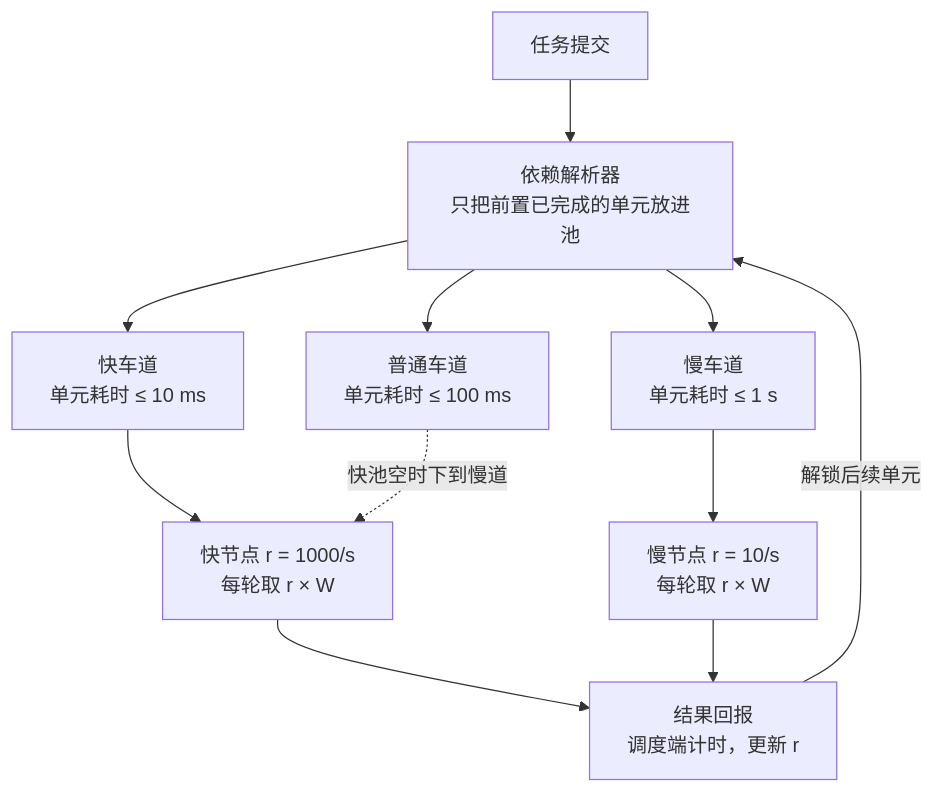
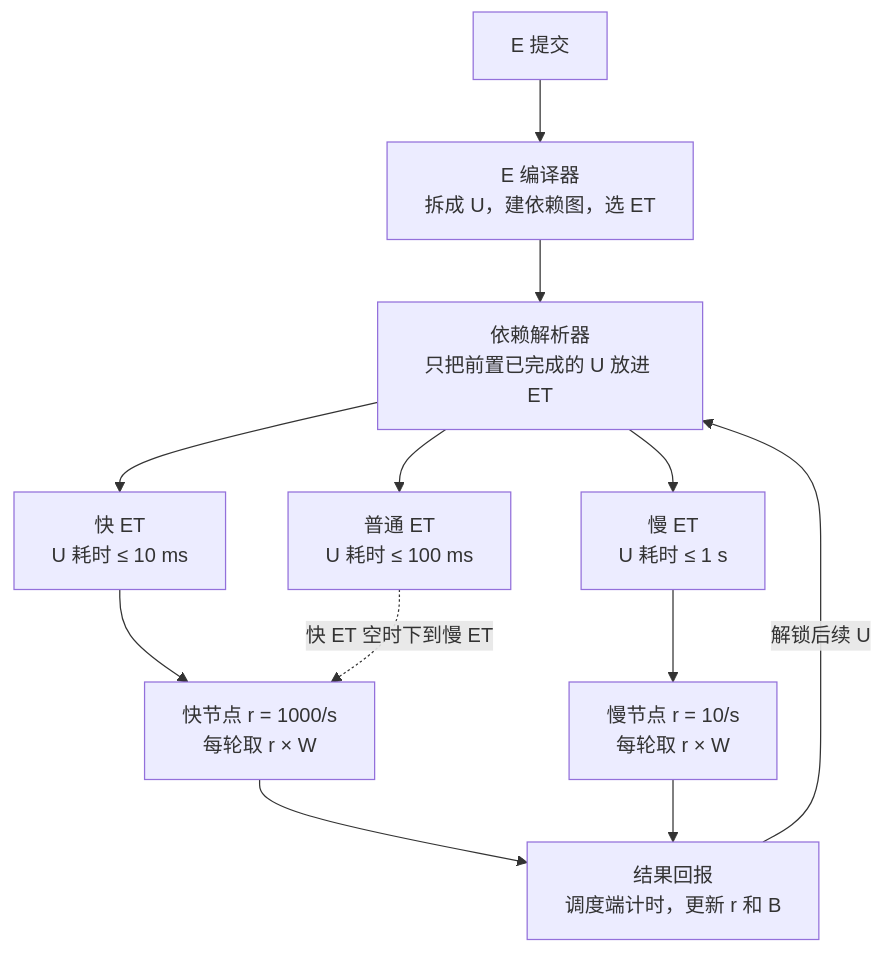
The diagram in README.zh-CN.md (infohex/Asymmetric-Distributed-Inference), drawn with Mermaid before and after one commit. The commit also changed other lines of this file and 3 other files, not shown here.

First line of the commit message:
Design v2: Unity / Event / Event Trench terminology, tensor-op-graph IR

````diff
--- a/README.zh-CN.md
+++ b/README.zh-CN.md
@@ -30,14 +30,14 @@
 ```mermaid
 flowchart TB
-    S[任务提交] --> R
-    R[依赖解析器<br/>只把前置已完成的单元放进池]
-    R --> F[快车道<br/>单元耗时 ≤ 10 ms]
-    R --> N[普通车道<br/>单元耗时 ≤ 100 ms]
-    R --> L[慢车道<br/>单元耗时 ≤ 1 s]
+    S[E 提交] --> C[E 编译器<br/>拆成 U，建依赖图，选 ET]
+    C --> R[依赖解析器<br/>只把前置已完成的 U 放进 ET]
+    R --> F[快 ET<br/>U 耗时 ≤ 10 ms]
+    R --> N[普通 ET<br/>U 耗时 ≤ 100 ms]
+    R --> L[慢 ET<br/>U 耗时 ≤ 1 s]
     F --> NF[快节点 r = 1000/s<br/>每轮取 r × W]
-    N -. 快池空时下到慢道 .-> NF
+    N -. 快 ET 空时下到慢 ET .-> NF
     L --> NS[慢节点 r = 10/s<br/>每轮取 r × W]
-    NF --> RES[结果回报<br/>调度端计时，更新 r]
+    NF --> RES[结果回报<br/>调度端计时，更新 r 和 B]
     NS --> RES
-    RES -- 解锁后续单元 --> R
+    RES -- 解锁后续 U --> R
 ```
````
